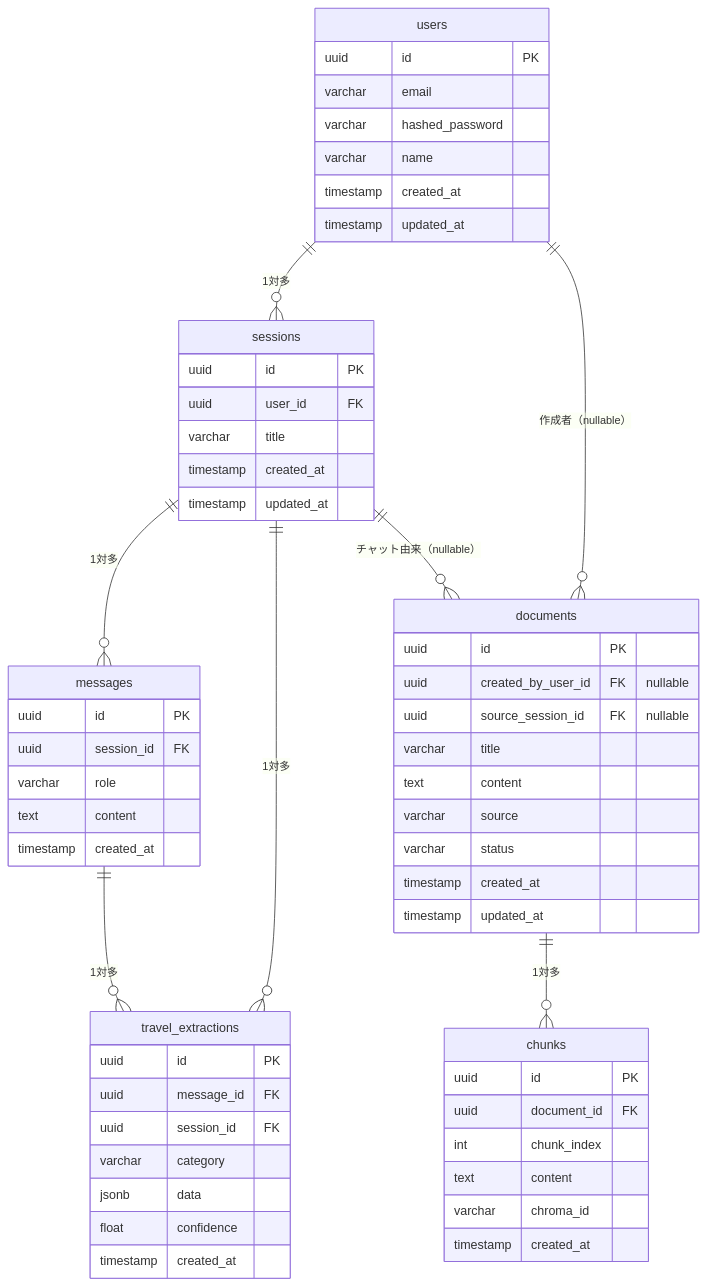
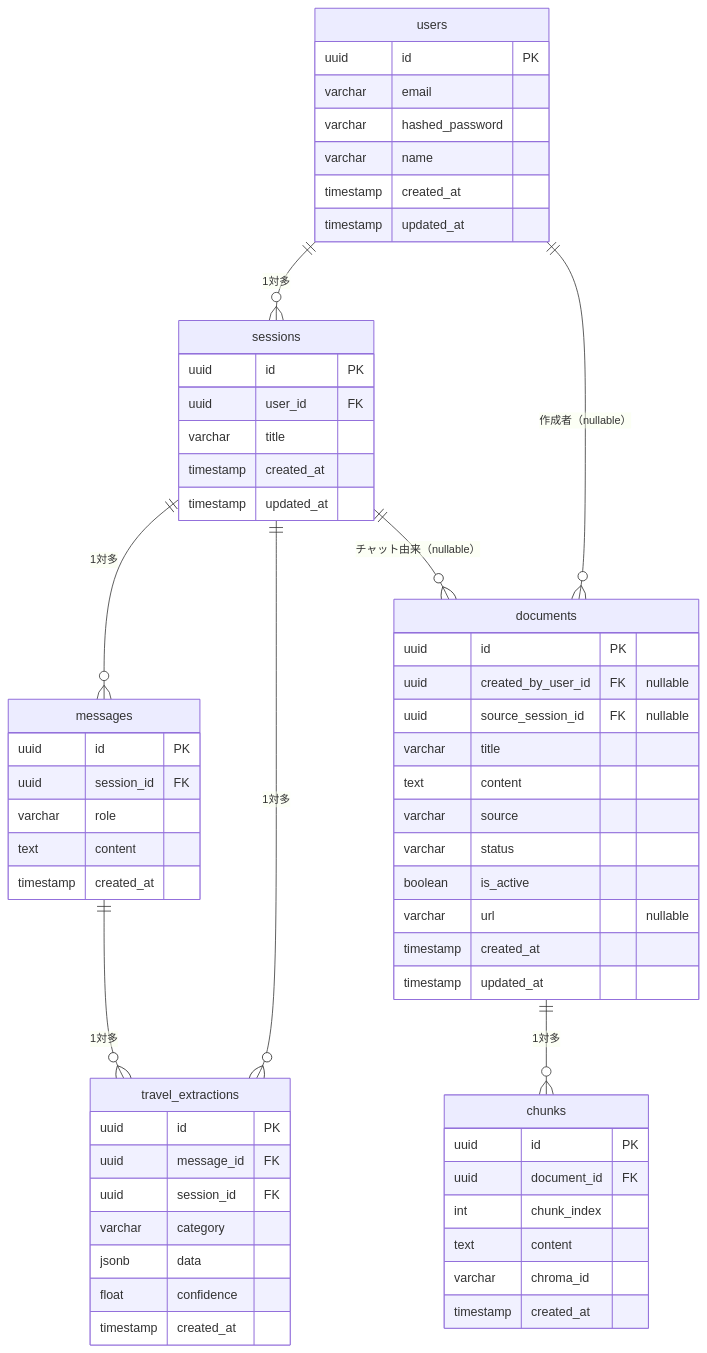
Before and after one commit to lay-2025/wanderwise-ai: the diagram in docs/db/01_er_diagram.md, drawn with Mermaid. The commit also changed other lines of this file and 3 other files, not shown here.

````diff
--- a/docs/db/01_er_diagram.md
+++ b/docs/db/01_er_diagram.md
@@ -17,66 +18,68 @@
 ```mermaid
 erDiagram
     users {
         uuid id PK
         varchar email
         varchar hashed_password
         varchar name
         timestamp created_at
         timestamp updated_at
     }
 
     sessions {
         uuid id PK
         uuid user_id FK
         varchar title
         timestamp created_at
         timestamp updated_at
     }
 
     messages {
         uuid id PK
         uuid session_id FK
         varchar role
         text content
         timestamp created_at
     }
 
     travel_extractions {
         uuid id PK
         uuid message_id FK
         uuid session_id FK
         varchar category
         jsonb data
         float confidence
         timestamp created_at
     }
 
     documents {
         uuid id PK
         uuid created_by_user_id FK "nullable"
         uuid source_session_id FK "nullable"
         varchar title
         text content
         varchar source
         varchar status
+        boolean is_active
+        varchar url "nullable"
         timestamp created_at
         timestamp updated_at
     }
 
     chunks {
         uuid id PK
         uuid document_id FK
         int chunk_index
         text content
         varchar chroma_id
         timestamp created_at
     }
 
     users ||--o{ sessions : "1対多"
     users ||--o{ documents : "作成者（nullable）"
     sessions ||--o{ messages : "1対多"
     sessions ||--o{ travel_extractions : "1対多"
     sessions ||--o{ documents : "チャット由来（nullable）"
     messages ||--o{ travel_extractions : "1対多"
     documents ||--o{ chunks : "1対多"
 ```
````
